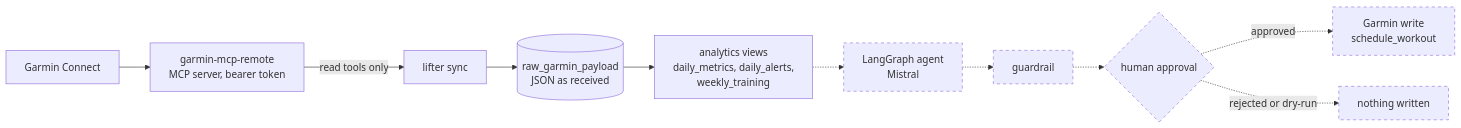
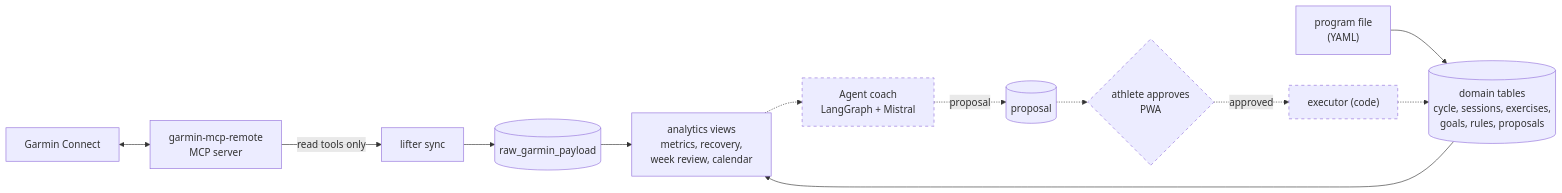
Before and after one commit to gabrielkpo/lifter: the first of 2 diagrams in README.md, drawn with Mermaid. The commit also changed other lines of this file and 16 other files, not shown here.

````diff
--- a/README.md
+++ b/README.md
@@ -24,14 +36,16 @@
 ```mermaid
 flowchart LR
-    G["Garmin Connect"] --> M["garmin-mcp-remote<br/>MCP server, bearer token"]
+    G["Garmin Connect"] <--> M["garmin-mcp-remote<br/>MCP server"]
     M -->|read tools only| S["lifter sync"]
-    S --> R[("raw_garmin_payload<br/>JSON as received")]
-    R --> V["analytics views<br/>daily_metrics, daily_alerts,<br/>weekly_training"]
-    V -.-> A["LangGraph agent<br/>Mistral"]
-    A -.-> GR["guardrail"]
-    GR -.-> H{"human approval"}
-    H -.->|approved| W["Garmin write<br/>schedule_workout"]
-    H -.->|rejected or dry-run| N["nothing written"]
+    S --> R[("raw_garmin_payload")]
+    R --> V["analytics views<br/>metrics, recovery,<br/>week review, calendar"]
+    F["program file<br/>(YAML)"] --> D
+    D[("domain tables<br/>cycle, sessions, exercises,<br/>goals, rules, proposals")] --> V
+    V -.-> A["Agent coach<br/>LangGraph + Mistral"]
+    A -.->|proposal| P[("proposal")]
+    P -.-> U{"athlete approves<br/>PWA"}
+    U -.->|approved| X["executor (code)"]
+    X -.-> D
     classDef planned stroke-dasharray: 5 5
-    class A,GR,H,W,N planned
+    class A,U,X planned
 ```
````
